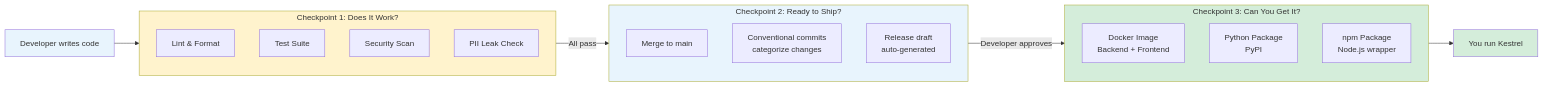
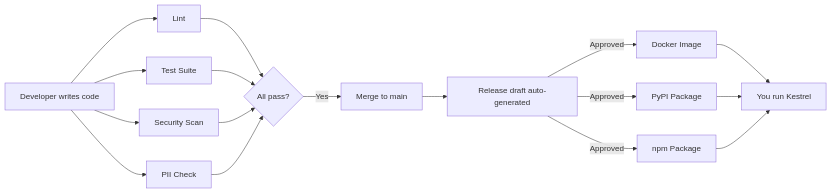
The diagram in docs/guides/how-cicd-works.md (pleasedodisturb/kestrel), drawn with Mermaid before and after one commit. The commit also changed 6 other files, not shown here.

First line of the commit message:
fix(G-464): simplify Mermaid diagrams for GitHub rendering (#267)

````diff
--- a/docs/guides/how-cicd-works.md
+++ b/docs/guides/how-cicd-works.md
@@ -21,35 +21,19 @@
 ```mermaid
 flowchart LR
-    DEV[Developer writes code] --> CP1
-
-    subgraph CP1 ["Checkpoint 1: Does It Work?"]
-        LINT[Lint & Format]
-        TESTS[Test Suite]
-        SEC[Security Scan]
-        PII[PII Leak Check]
-    end
-
-    CP1 -->|All pass| CP2
-
-    subgraph CP2 ["Checkpoint 2: Ready to Ship?"]
-        MERGE[Merge to main]
-        CONV[Conventional commits<br/>categorize changes]
-        DRAFT[Release draft<br/>auto-generated]
-    end
-
-    CP2 -->|Developer approves| CP3
-
-    subgraph CP3 ["Checkpoint 3: Can You Get It?"]
-        DOCKER[Docker Image<br/>Backend + Frontend]
-        PIP[Python Package<br/>PyPI]
-        NPM[npm Package<br/>Node.js wrapper]
-    end
-
-    CP3 --> USER[You run Kestrel]
-
-    style DEV fill:#e8f4fd
-    style USER fill:#d4edda
-    style CP1 fill:#fff3cd
-    style CP2 fill:#e8f4fd
-    style CP3 fill:#d4edda
+    DEV[Developer writes code] --> LINT[Lint]
+    DEV --> TESTS[Test Suite]
+    DEV --> SEC[Security Scan]
+    DEV --> PII[PII Check]
+    LINT --> PASS{All pass?}
+    TESTS --> PASS
+    SEC --> PASS
+    PII --> PASS
+    PASS -->|Yes| MERGE[Merge to main]
+    MERGE --> DRAFT[Release draft auto-generated]
+    DRAFT -->|Approved| DOCKER[Docker Image]
+    DRAFT -->|Approved| PIP[PyPI Package]
+    DRAFT -->|Approved| NPM[npm Package]
+    DOCKER --> USER[You run Kestrel]
+    PIP --> USER
+    NPM --> USER
 ```
````
